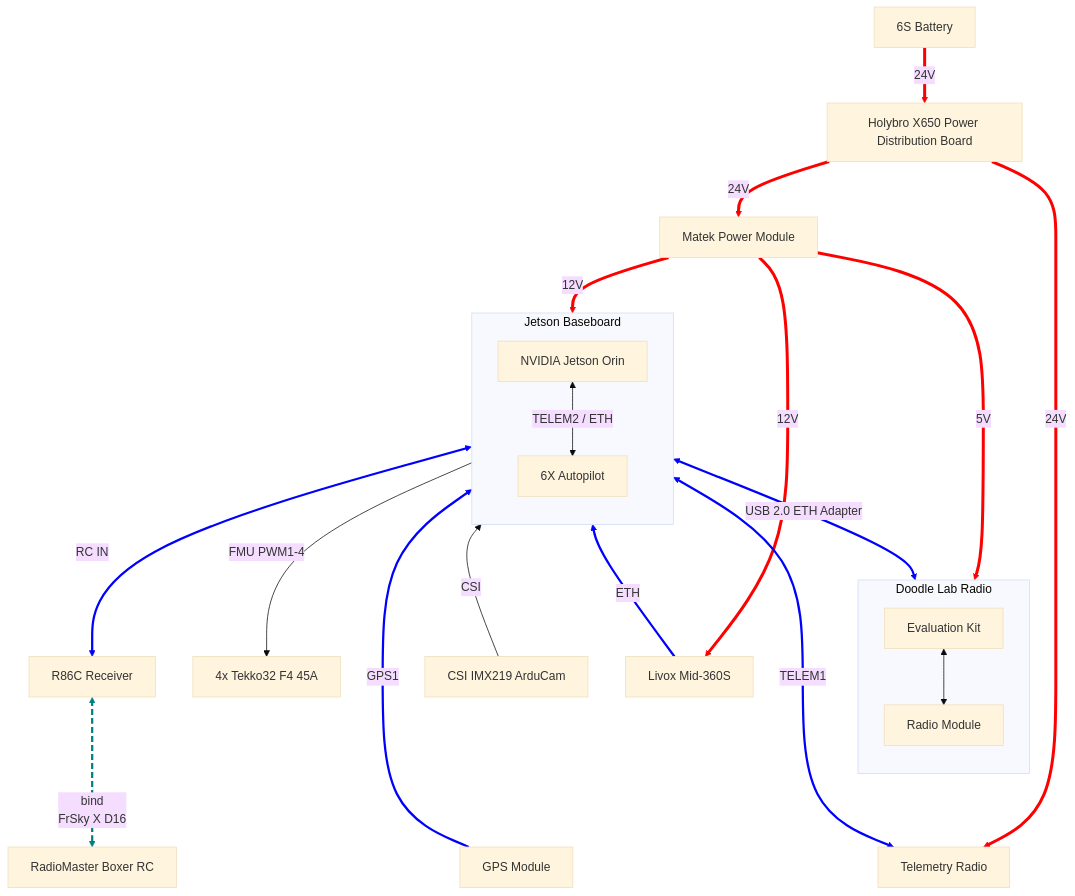
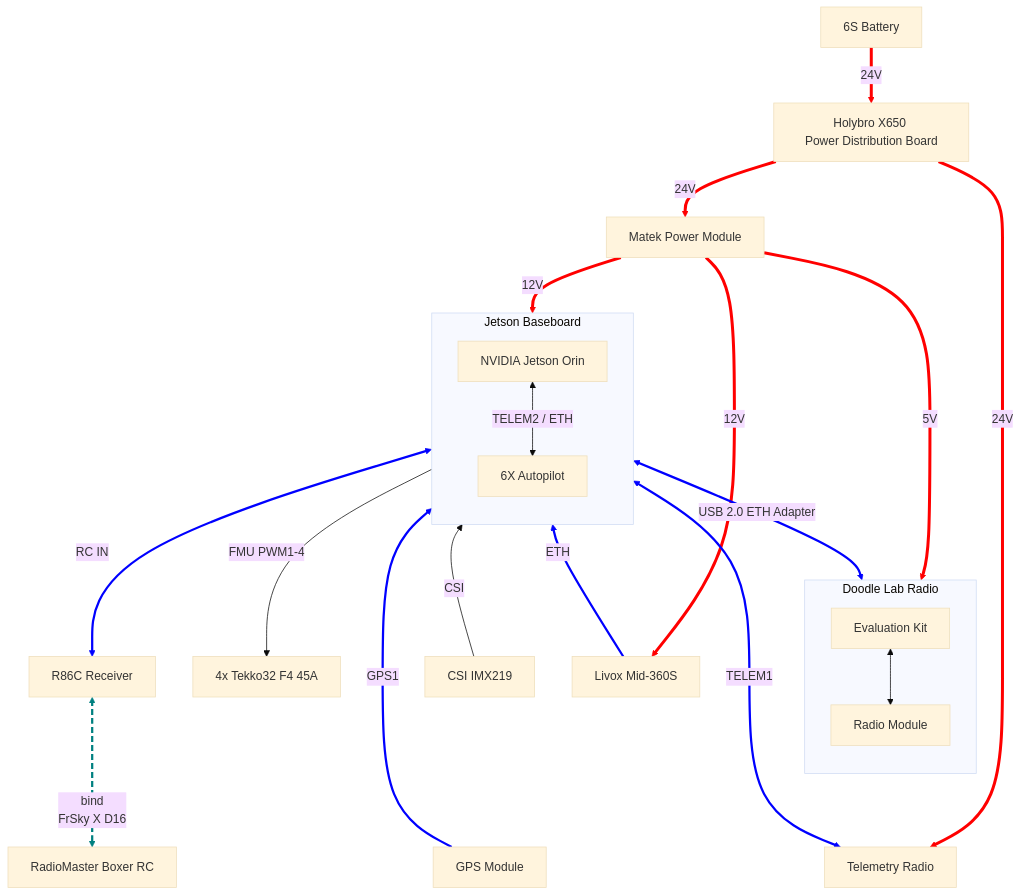
Before and after one commit to JacopoPan/aerial-autonomy-stack: the diagram in tools_and_docs/docs/BOM.md, drawn with Mermaid. The commit also changed other lines of this file and 45 other files, not shown here.

````diff
--- a/tools_and_docs/docs/BOM.md
+++ b/tools_and_docs/docs/BOM.md
@@ -30,59 +30,59 @@
 ```mermaid
-%%{init: {'theme': 'base', 'themeVariables': { 'fontFamily': 'monospace'}}}%%
+%%{init: {'theme': 'base', 'flowchart': {'wrappingWidth': 200}, 'themeVariables': { 'fontFamily': 'monospace'}}}%%
 flowchart TB
     Batt[6S Battery]
-    PDB[Holybro X650 Power Distribution Board]
-    Matek[Matek Power Module]
+    PDB[Holybro X650 Power#nbsp;Distribution#nbsp;Board]
+    Matek[Matek#nbsp;Power#nbsp;Module]
 
     subgraph Jetson_Baseboard ["Jetson Baseboard"]
         direction TB
         6X[6X Autopilot]
         Orin[NVIDIA Jetson Orin]
         Orin <-->|"TELEM2 / ETH"| 6X
     end
     
     subgraph Doodle_Lab_Radio ["Doodle Lab Radio"]
         direction TB
-        EvalKit[Evaluation Kit]
+        EvalKit[Evaluation#nbsp;Kit]
         RadioMod[Radio Module]
         EvalKit <-->|" "| RadioMod
     end
 
     ESCs[4x Tekko32 F4 45A]
     Jetson_Baseboard -->|"FMU PWM1-4"| ESCs
     
     Telem[Telemetry Radio]
     Doodle_Lab_Radio ~~~ Telem
 
     GPS[GPS Module]
     Lidar[Livox Mid-360S]
-    Camera[CSI IMX219 ArduCam]
+    Camera[CSI IMX219]
 
     RC_Rx[R86C Receiver]
     RC[RadioMaster Boxer RC]
     RC_Rx <-->|"bind <br/> FrSky X D16"| RC
 
     Batt -- "24V" --> PDB
     PDB -- "24V" --> Matek
     PDB -- "24V" --> Telem
     Matek -- "12V" --> Jetson_Baseboard
 
     Jetson_Baseboard <-->|"TELEM1"| Telem
     GPS -- "GPS1" --> Jetson_Baseboard
     Jetson_Baseboard <-->|"RC IN"| RC_Rx
 
     Jetson_Baseboard ~~~ Lidar
     Jetson_Baseboard ~~~ Camera
     Lidar ~~~ GPS
     
     Camera -- "CSI" --> Jetson_Baseboard
     Lidar -- "ETH" --> Jetson_Baseboard
     Matek -- "5V" --> Doodle_Lab_Radio
     Jetson_Baseboard <-->|"USB 2.0 ETH Adapter"| Doodle_Lab_Radio
 
     Matek -- "12V" --> Lidar
 
     linkStyle 4 stroke:teal,stroke-width:3px,stroke-dasharray: 8 4;
     linkStyle 5,6,7,8,17,19 stroke:red,stroke-width:4px;
     linkStyle 9,10,11,16,16,18 stroke:blue,stroke-width:3px;
 ```
````
